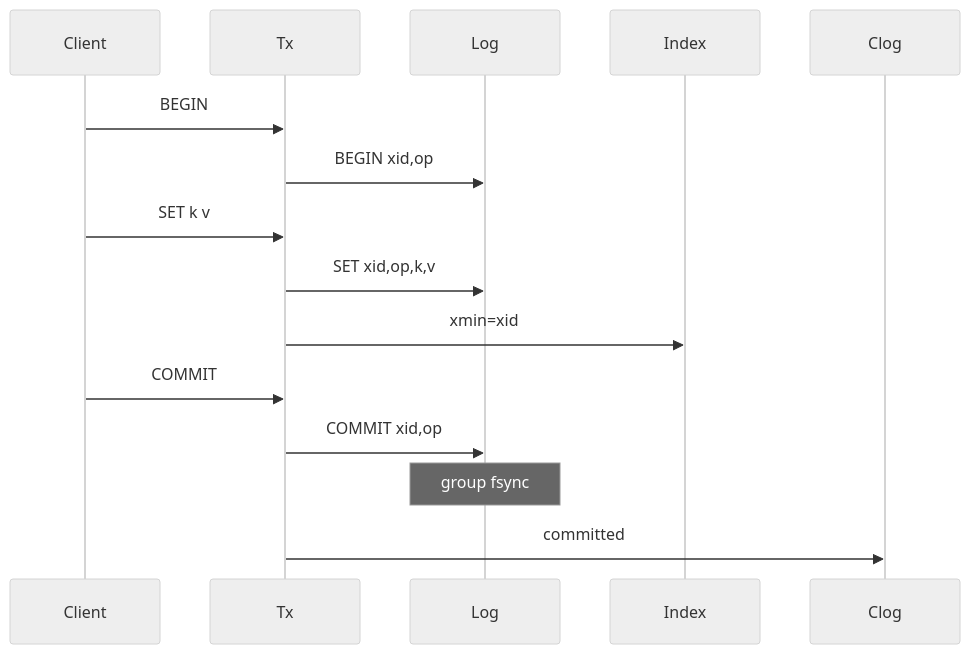
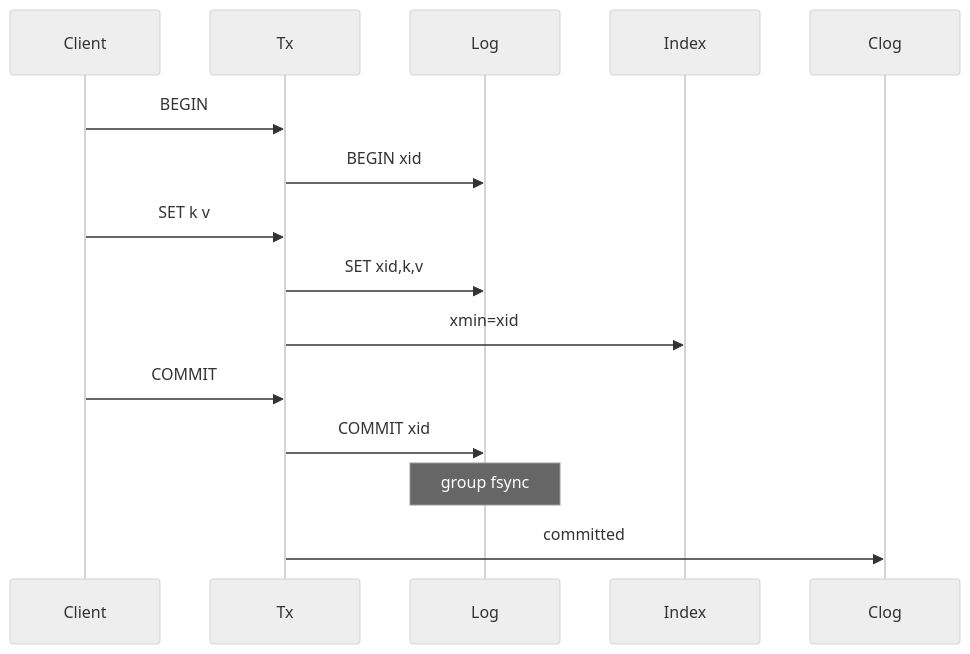
Before and after one commit to kirubasankars/turnstone: the diagram in README.md, drawn with Mermaid (neutral theme). The commit also changed other lines of this file and 33 other files, not shown here.

````diff
--- a/README.md
+++ b/README.md
@@ -158,17 +158,17 @@
 ```mermaid
 sequenceDiagram
     participant Client
     participant Tx
     participant Log
     participant Index
     participant Clog
     Client->>Tx: BEGIN
-    Tx->>Log: BEGIN xid,op
+    Tx->>Log: BEGIN xid
     Client->>Tx: SET k v
-    Tx->>Log: SET xid,op,k,v
+    Tx->>Log: SET xid,k,v
     Tx->>Index: xmin=xid
     Client->>Tx: COMMIT
-    Tx->>Log: COMMIT xid,op
+    Tx->>Log: COMMIT xid
     Note over Log: group fsync
     Tx->>Clog: committed
 ```
````
